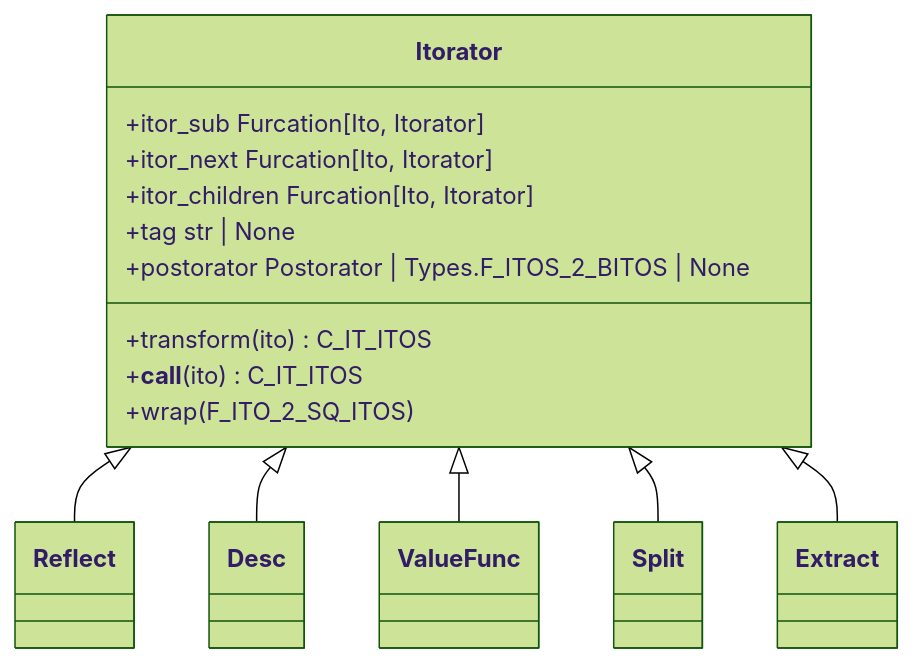
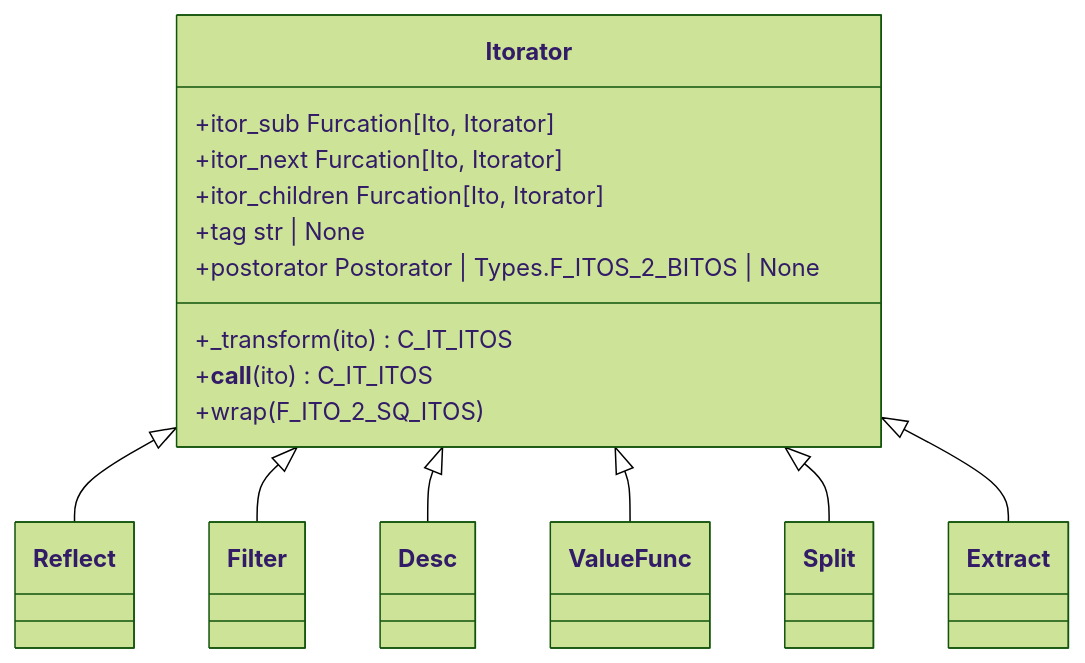
The first of 12 diagrams in docs/4. Arborform.md (rlayers/pawpaw), drawn with Mermaid (forest theme) before and after one commit. The commit also changed other lines of this file and 3 other files, not shown here.

Commit message:
Add Itorator subtype Filter

````diff
--- a/docs/4. Arborform.md
+++ b/docs/4. Arborform.md
@@ -75,19 +76,20 @@
 ```mermaid
 classDiagram
   class Itorator{
       +itor_sub Furcation[Ito, Itorator]
       +itor_next Furcation[Ito, Itorator]
       +itor_children Furcation[Ito, Itorator]
       +tag str | None
       +postorator Postorator | Types.F_ITOS_2_BITOS | None
-      +transform(ito) C_IT_ITOS
+      +_transform(ito) C_IT_ITOS
       +__call__(ito) C_IT_ITOS
       +wrap(F_ITO_2_SQ_ITOS)
   }
   
   Itorator <|-- Reflect
+  Itorator <|-- Filter
   Itorator <|-- Desc
   Itorator <|-- ValueFunc
   Itorator <|-- Split
   Itorator <|-- Extract
 ```
````
